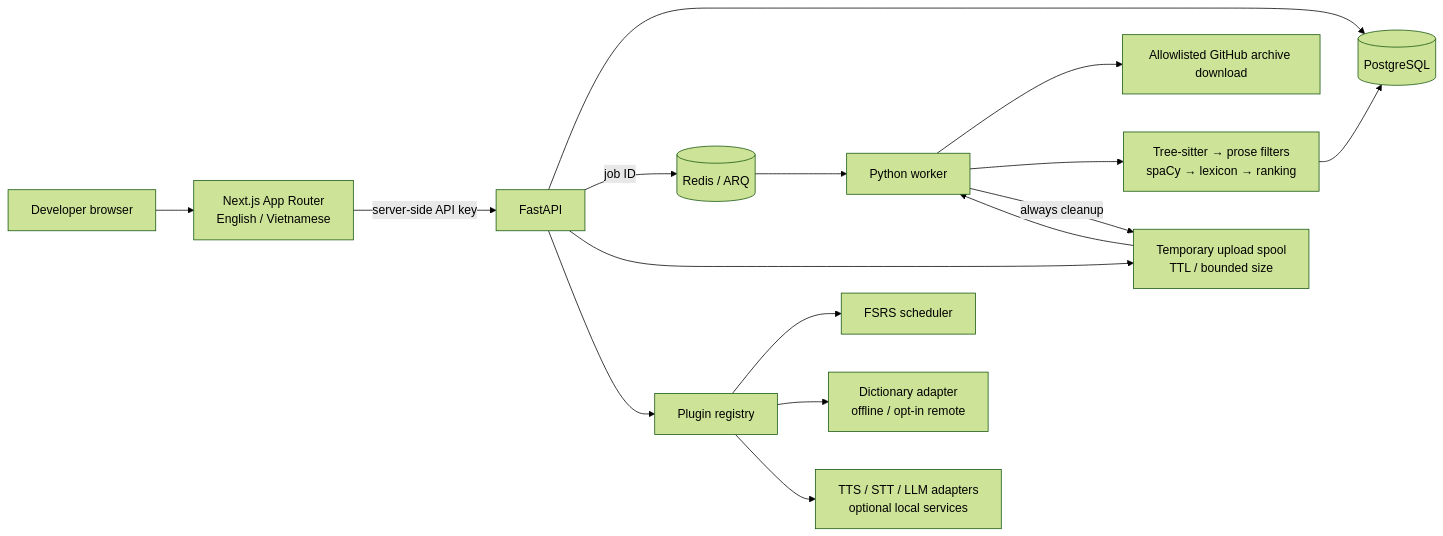
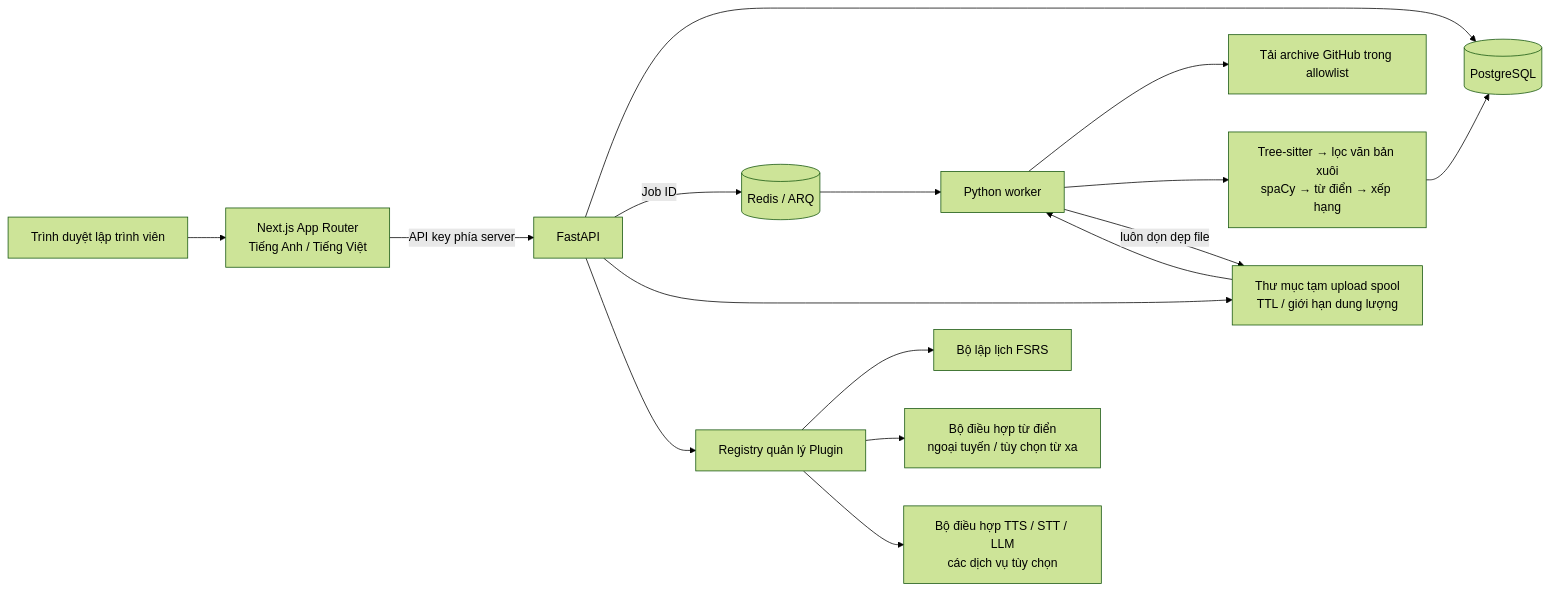
The first of 2 diagrams in docs/architecture.md (mrrayyyy/codelingo), drawn with Mermaid (forest theme) before and after one commit. The commit also changed other lines of this file and 10 other files, not shown here.

Commit message:
docs(architecture): localize architecture, roadmap, runbooks, and ADRs to Vietnamese

````diff
--- a/docs/architecture.md
+++ b/docs/architecture.md
@@ -26,18 +26,18 @@
 ```mermaid
 flowchart LR
-  U[Developer browser] --> N[Next.js App Router\nEnglish / Vietnamese]
-  N -->|server-side API key| A[FastAPI]
+  U[Trình duyệt lập trình viên] --> N[Next.js App Router\nTiếng Anh / Tiếng Việt]
+  N -->|API key phía server| A[FastAPI]
   A --> P[(PostgreSQL)]
-  A -->|job ID| R[(Redis / ARQ)]
-  A --> T[Temporary upload spool\nTTL / bounded size]
+  A -->|Job ID| R[(Redis / ARQ)]
+  A --> T[Thư mục tạm upload spool\nTTL / giới hạn dung lượng]
   R --> W[Python worker]
   T --> W
-  W --> G[Allowlisted GitHub archive download]
-  W --> E[Tree-sitter → prose filters\nspaCy → lexicon → ranking]
+  W --> G[Tải archive GitHub trong allowlist]
+  W --> E[Tree-sitter → lọc văn bản xuôi\nspaCy → từ điển → xếp hạng]
   E --> P
-  W -->|always cleanup| T
-  A --> M[Plugin registry]
-  M --> F[FSRS scheduler]
-  M --> D[Dictionary adapter\noffline / opt-in remote]
-  M --> S[TTS / STT / LLM adapters\noptional local services]
+  W -->|luôn dọn dẹp file| T
+  A --> M[Registry quản lý Plugin]
+  M --> F[Bộ lập lịch FSRS]
+  M --> D[Bộ điều hợp từ điển\nngoại tuyến / tùy chọn từ xa]
+  M --> S[Bộ điều hợp TTS / STT / LLM\ncác dịch vụ tùy chọn]
 ```
````
